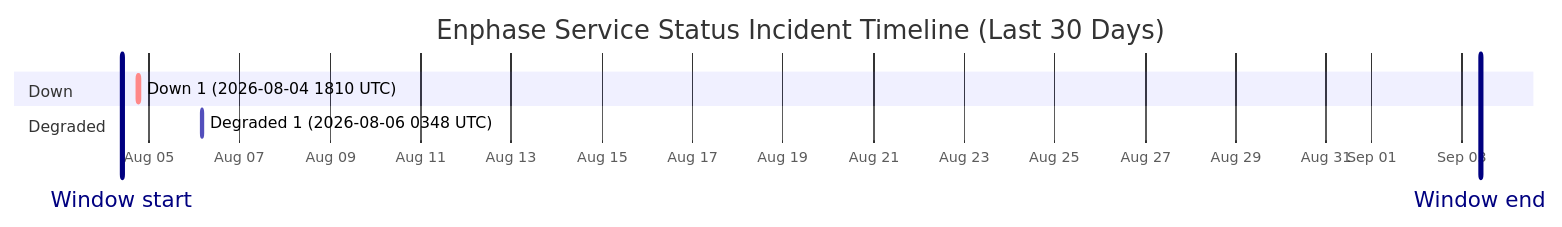
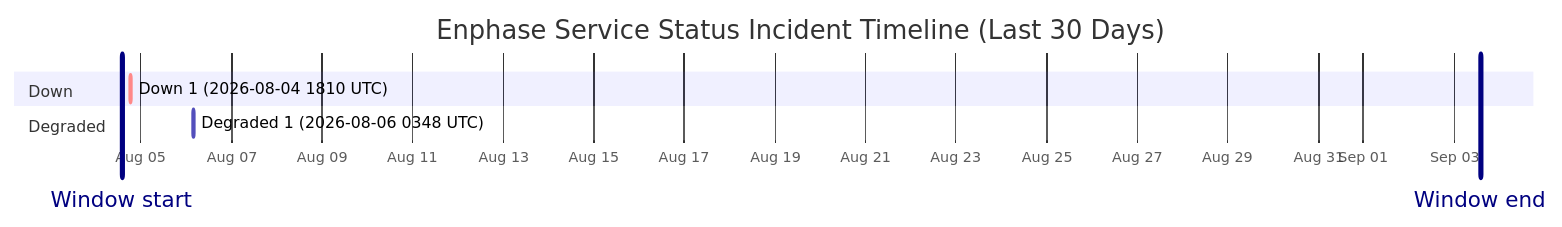
Before and after one commit to barneyonline/ha-enphase-energy: the diagram in wiki/Service-Status-History.md, drawn with Mermaid. The commit also changed other lines of this file and 3 other files, not shown here.

````diff
--- a/wiki/Service-Status-History.md
+++ b/wiki/Service-Status-History.md
@@ -14,12 +14,12 @@
 ```mermaid
 gantt
     title Enphase Service Status Incident Timeline (Last 30 Days)
     dateFormat  YYYY-MM-DDTHH:mm:ss
     axisFormat  %b %d
-    Window start :vert, window-start, 2026-08-04T09:28:43, 0ms
-    Window end :vert, window-end, 2026-09-03T09:28:43, 0ms
+    Window start :vert, window-start, 2026-08-04T13:48:44, 0ms
+    Window end :vert, window-end, 2026-09-03T13:48:44, 0ms
     section Down
     Down 1 (2026-08-04 1810 UTC) :crit, down-1, 2026-08-04T18:10:46, 60m
     section Degraded
     Degraded 1 (2026-08-06 0348 UTC) :active, degraded-1, 2026-08-06T03:48:14, 60m
 ```
````
